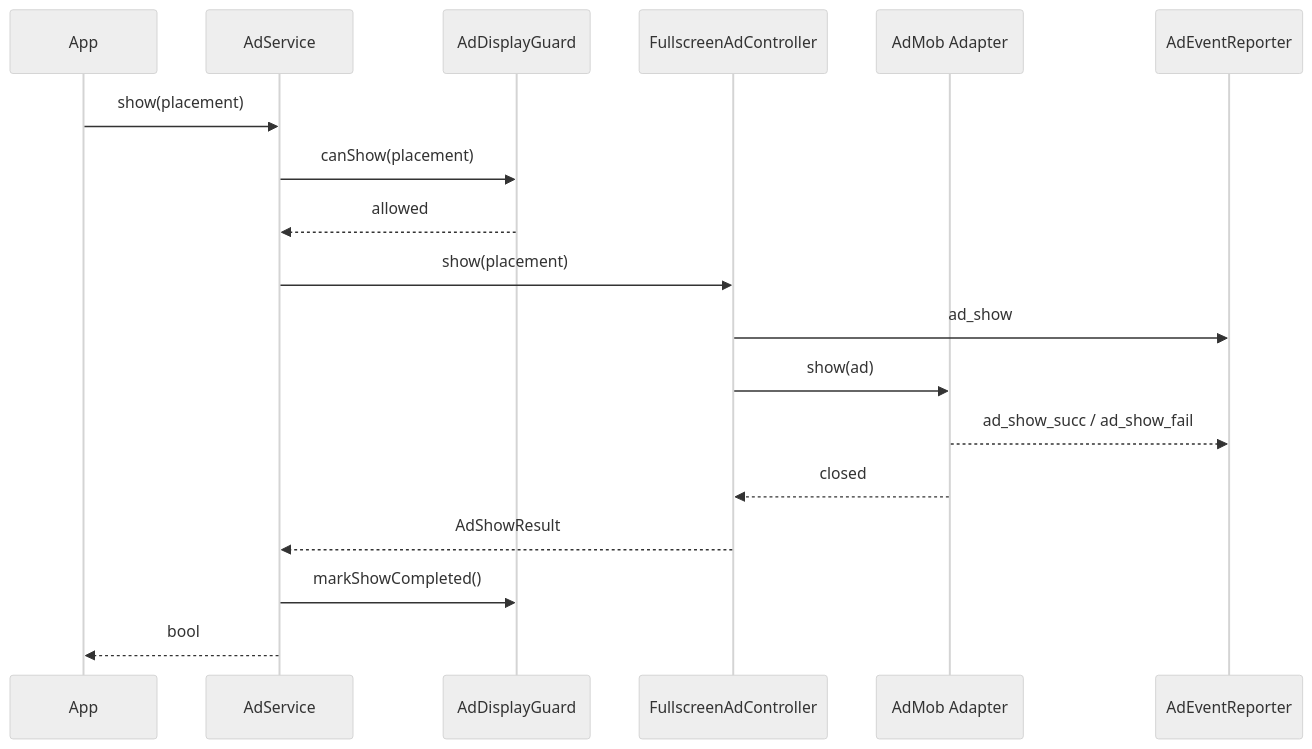
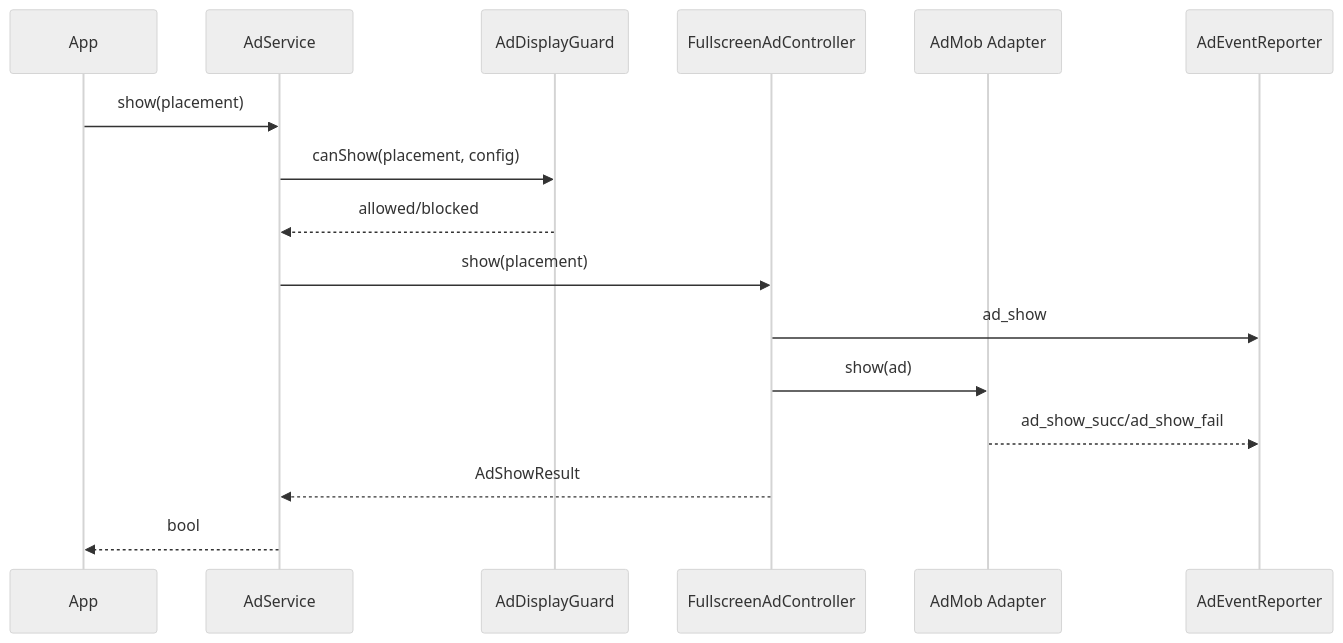
One commit to yanmingLiu/flutter_ad_plugin changed the second of 3 diagrams in docs/sequence.md. Above: the diagram before and after it, drawn with Mermaid (neutral theme). The commit also changed other lines of this file and 71 other files, not shown here.

````diff
--- a/docs/sequence.md
+++ b/docs/sequence.md
@@ -27,21 +23,19 @@
 ```mermaid
 sequenceDiagram
   participant App
   participant Service as AdService
   participant Guard as AdDisplayGuard
-  participant Controller as FullscreenAdController
+  participant Full as FullscreenAdController
   participant Adapter as AdMob Adapter
   participant Reporter as AdEventReporter
 
   App->>Service: show(placement)
-  Service->>Guard: canShow(placement)
-  Guard-->>Service: allowed
-  Service->>Controller: show(placement)
-  Controller->>Reporter: ad_show
-  Controller->>Adapter: show(ad)
-  Adapter-->>Reporter: ad_show_succ / ad_show_fail
-  Adapter-->>Controller: closed
-  Controller-->>Service: AdShowResult
-  Service->>Guard: markShowCompleted()
+  Service->>Guard: canShow(placement, config)
+  Guard-->>Service: allowed/blocked
+  Service->>Full: show(placement)
+  Full->>Reporter: ad_show
+  Full->>Adapter: show(ad)
+  Adapter-->>Reporter: ad_show_succ/ad_show_fail
+  Full-->>Service: AdShowResult
   Service-->>App: bool
 ```
````
